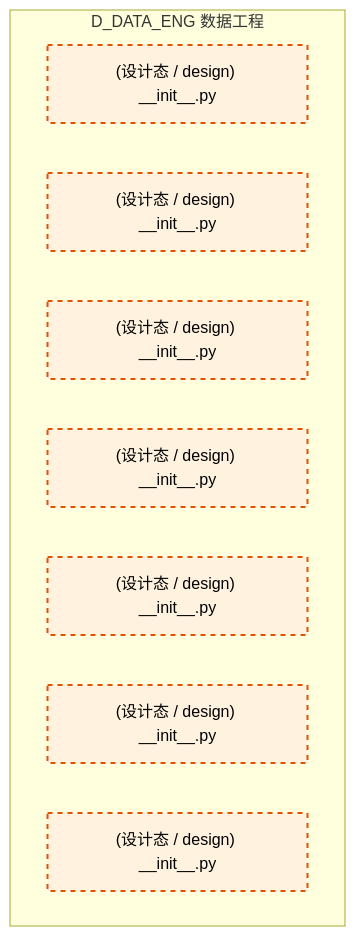
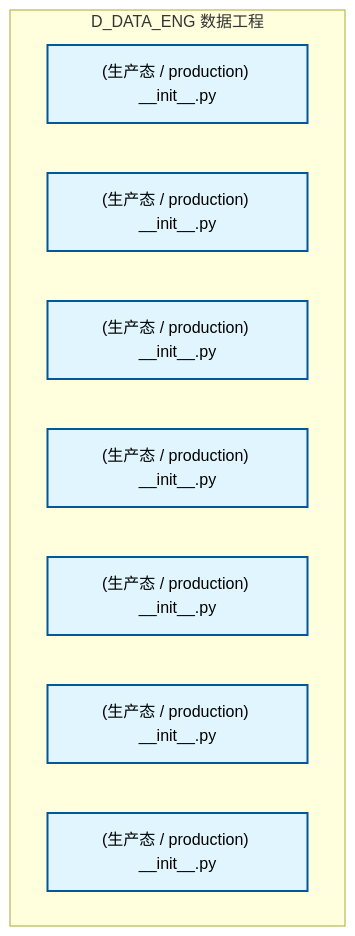
Before and after one commit to xuanFelixVan/ZephyrAlpha: the second of 2 diagrams in docs/02_enterprise_architecture/02_domain_architecture_docs/08_d_data_eng.md, drawn with Mermaid. The commit also changed other lines of this file and 128 other files, not shown here.

````diff
--- a/docs/02_enterprise_architecture/02_domain_architecture_docs/08_d_data_eng.md
+++ b/docs/02_enterprise_architecture/02_domain_architecture_docs/08_d_data_eng.md
@@ -102,17 +89,17 @@
 ```mermaid
 graph TD
     subgraph D_DATA_ENG["D_DATA_ENG 数据工程"]
-        src_zephyr_data_eng_init_py["(设计态 / design) __init__.py"]
-        src_zephyr_data_eng_extensions_init_py["(设计态 / design) __init__.py"]
-        src_zephyr_data_eng_api_init_py["(设计态 / design) __init__.py"]
-        src_zephyr_data_eng_core_init_py["(设计态 / design) __init__.py"]
-        src_zephyr_data_eng_infrastructure_init_py["(设计态 / design) __init__.py"]
-        src_zephyr_data_eng_models_init_py["(设计态 / design) __init__.py"]
-        src_zephyr_data_eng_services_init_py["(设计态 / design) __init__.py"]
+        src_zephyr_data_eng_init_py["(生产态 / production) __init__.py"]
+        src_zephyr_data_eng_extensions_init_py["(生产态 / production) __init__.py"]
+        src_zephyr_data_eng_api_init_py["(生产态 / production) __init__.py"]
+        src_zephyr_data_eng_core_init_py["(生产态 / production) __init__.py"]
+        src_zephyr_data_eng_infrastructure_init_py["(生产态 / production) __init__.py"]
+        src_zephyr_data_eng_models_init_py["(生产态 / production) __init__.py"]
+        src_zephyr_data_eng_services_init_py["(生产态 / production) __init__.py"]
     end
     classDef production fill:#e1f5fe,stroke:#01579b,stroke-width:2px,color:#000
     classDef design fill:#fff3e0,stroke:#e65100,stroke-width:2px,color:#000,stroke-dasharray: 5 5
     classDef external_prod fill:#e8f5e9,stroke:#1b5e20,stroke-width:1px,color:#000
     classDef external_design fill:#fce4ec,stroke:#880e4f,stroke-width:1px,color:#000,stroke-dasharray: 5 5
-    class src_zephyr_data_eng_init_py,src_zephyr_data_eng_extensions_init_py,src_zephyr_data_eng_api_init_py,src_zephyr_data_eng_core_init_py,src_zephyr_data_eng_infrastructure_init_py,src_zephyr_data_eng_models_init_py,src_zephyr_data_eng_services_init_py design
+    class src_zephyr_data_eng_init_py,src_zephyr_data_eng_extensions_init_py,src_zephyr_data_eng_api_init_py,src_zephyr_data_eng_core_init_py,src_zephyr_data_eng_infrastructure_init_py,src_zephyr_data_eng_models_init_py,src_zephyr_data_eng_services_init_py production
 ```
````
